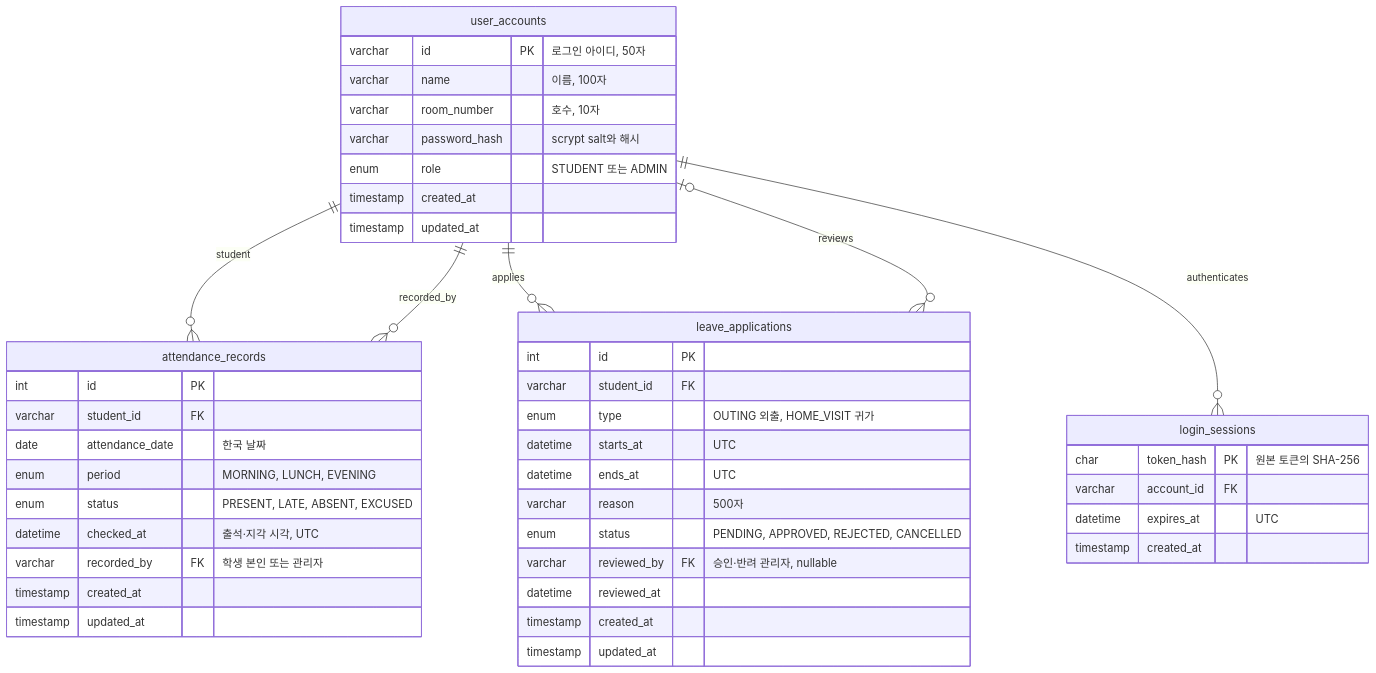
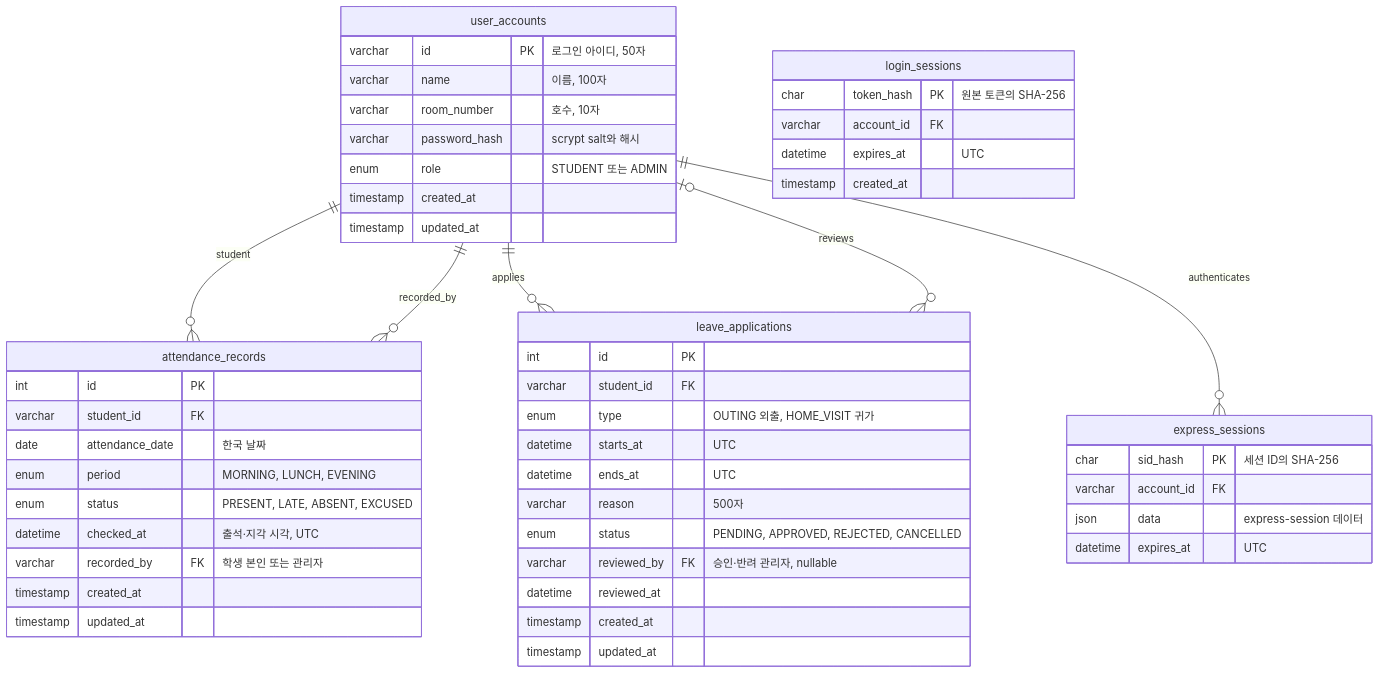
The diagram in Backend/docs/ERD.md (Jun4848/Mentos), drawn with Mermaid before and after one commit. The commit also changed other lines of this file and 11 other files, not shown here.

Commit message:
sample(express & express-session)

````diff
--- a/Backend/docs/ERD.md
+++ b/Backend/docs/ERD.md
@@ -10,48 +11,54 @@
 ```mermaid
 erDiagram
     user_accounts ||--o{ attendance_records : student
     user_accounts ||--o{ attendance_records : recorded_by
     user_accounts ||--o{ leave_applications : applies
     user_accounts o|--o{ leave_applications : reviews
-    user_accounts ||--o{ login_sessions : authenticates
+    user_accounts ||--o{ express_sessions : authenticates
 
     user_accounts {
         varchar id PK "로그인 아이디, 50자"
         varchar name "이름, 100자"
         varchar room_number "호수, 10자"
         varchar password_hash "scrypt salt와 해시"
         enum role "STUDENT 또는 ADMIN"
         timestamp created_at
         timestamp updated_at
     }
     attendance_records {
         int id PK
         varchar student_id FK
         date attendance_date "한국 날짜"
         enum period "MORNING, LUNCH, EVENING"
         enum status "PRESENT, LATE, ABSENT, EXCUSED"
         datetime checked_at "출석·지각 시각, UTC"
         varchar recorded_by FK "학생 본인 또는 관리자"
         timestamp created_at
         timestamp updated_at
     }
     leave_applications {
         int id PK
         varchar student_id FK
         enum type "OUTING 외출, HOME_VISIT 귀가"
         datetime starts_at "UTC"
         datetime ends_at "UTC"
         varchar reason "500자"
         enum status "PENDING, APPROVED, REJECTED, CANCELLED"
         varchar reviewed_by FK "승인·반려 관리자, nullable"
         datetime reviewed_at
         timestamp created_at
         timestamp updated_at
     }
     login_sessions {
         char token_hash PK "원본 토큰의 SHA-256"
         varchar account_id FK
         datetime expires_at "UTC"
         timestamp created_at
     }
+    express_sessions {
+        char sid_hash PK "세션 ID의 SHA-256"
+        varchar account_id FK
+        json data "express-session 데이터"
+        datetime expires_at "UTC"
+    }
 ```
````
